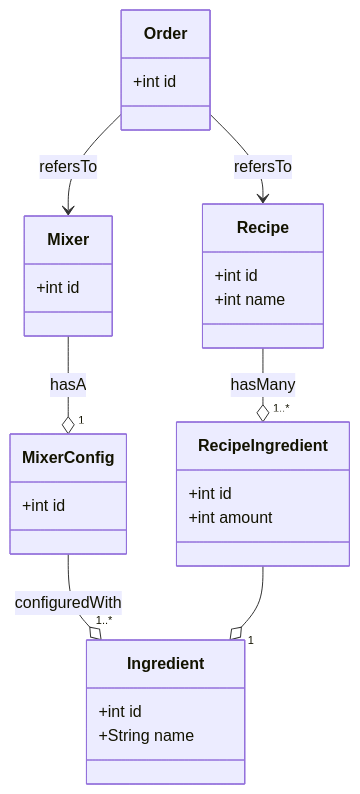
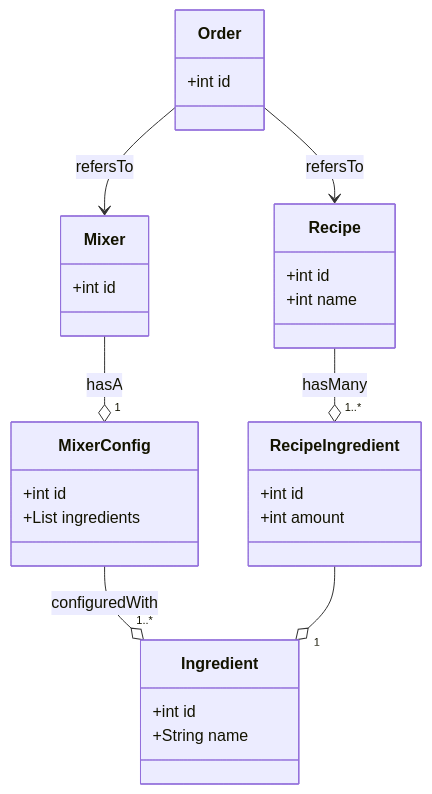
The diagram in README.md (connectory/boschtail), drawn with Mermaid before and after one commit.

````diff
--- a/README.md
+++ b/README.md
@@ -10,19 +10,20 @@
 ```mermaid
 classDiagram
     Mixer --o "1" MixerConfig : hasA
     MixerConfig --o "1..*" Ingredient : configuredWith
     Order --> Mixer : refersTo
     Order --> Recipe : refersTo
     Recipe --o "1..*" RecipeIngredient : hasMany
     RecipeIngredient --o "1" Ingredient
 
     Mixer : +int id
     MixerConfig : +int id
+    MixerConfig : +List<Ingredient> ingredients
     Order : +int id
     Recipe : +int id
     Recipe : +int name
     RecipeIngredient: +int id
     RecipeIngredient: +int amount
     Ingredient: +int id
     Ingredient: +String name
 ```
````
